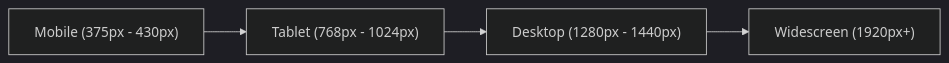
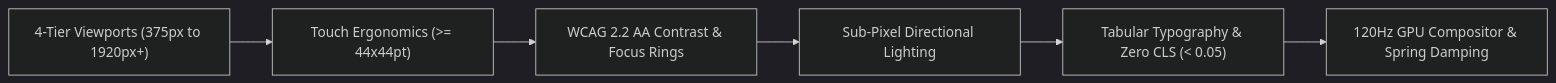
One commit to darknecrocities/SkillBuilder changed the second of 5 diagrams in skills/qa/SKILL.md. Above: the diagram before and after it, drawn with Mermaid (dark theme). The commit also changed other lines of this file and 5 other files, not shown here.

Commit message:
feat(qa): implement two-tier QA architecture, manuals, verification engine, and error catalog

````diff
--- a/skills/qa/SKILL.md
+++ b/skills/qa/SKILL.md
@@ -18,6 +44,8 @@
 ```mermaid
 flowchart LR
-    A["Mobile (375px - 430px)"] --> B["Tablet (768px - 1024px)"]
-    B --> C["Desktop (1280px - 1440px)"]
-    C --> D["Widescreen (1920px+)"]
+    A["4-Tier Viewports (375px to 1920px+)"] --> B["Touch Ergonomics (>= 44x44pt)"]
+    B --> C["WCAG 2.2 AA Contrast & Focus Rings"]
+    C --> D["Sub-Pixel Directional Lighting"]
+    D --> E["Tabular Typography & Zero CLS (< 0.05)"]
+    E --> F["120Hz GPU Compositor & Spring Damping"]
 ```
````
